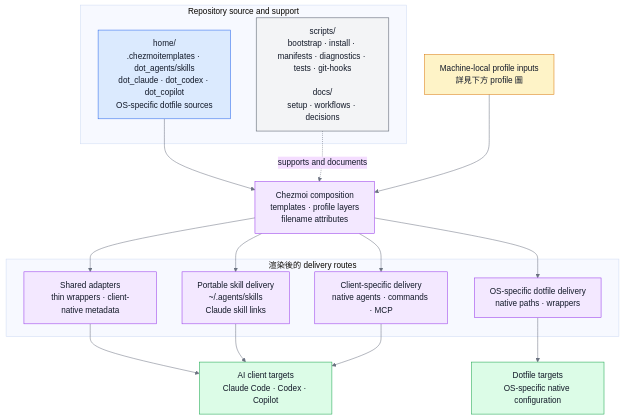
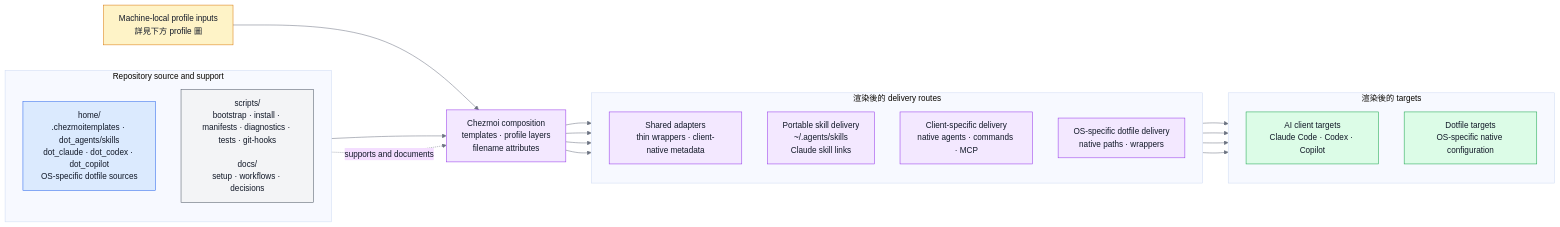
One commit to sherrilla71940/dotfiles changed the first of 4 diagrams in README.zh-TW.md. Above: the diagram before and after it, drawn with Mermaid. The commit also changed other lines of this file and 1 other file, not shown here.

Commit message:
docs(readme): differentiate overview diagrams

````diff
--- a/README.zh-TW.md
+++ b/README.zh-TW.md
@@ -44,35 +44,45 @@
 ```mermaid
 %%{init: {"theme": "base", "themeVariables": {"primaryTextColor": "#111827", "nodeTextColor": "#111827", "textColor": "#111827", "lineColor": "#6b7280"}, "flowchart": {"useMaxWidth": true}}}%%
-flowchart TB
-    profile["Machine-local profile inputs<br/>詳見下方 profile 圖"]:::choice
+flowchart LR
 
     subgraph repository["Repository source and support"]
+        direction TB
         home["home/<br/>.chezmoitemplates · dot_agents/skills<br/>dot_claude · dot_codex · dot_copilot<br/>OS-specific dotfile sources"]:::source
         support["scripts/<br/>bootstrap · install · manifests · diagnostics · tests · git-hooks<br/><br/>docs/<br/>setup · workflows · decisions"]:::support
     end
 
+    profile["Machine-local profile inputs<br/>詳見下方 profile 圖"]:::choice
     compose["Chezmoi composition<br/>templates · profile layers<br/>filename attributes"]:::process
 
     subgraph routes["渲染後的 delivery routes"]
+        direction TB
         sharedRoute["Shared adapters<br/>thin wrappers · client-native metadata"]:::process
         portableRoute["Portable skill delivery<br/>~/.agents/skills<br/>Claude skill links"]:::process
         clientRoute["Client-specific delivery<br/>native agents · commands · MCP"]:::process
         osRoute["OS-specific dotfile delivery<br/>native paths · wrappers"]:::process
     end
 
-    aiTargets["AI client targets<br/>Claude Code · Codex · Copilot"]:::target
-    developerTargets["Dotfile targets<br/>OS-specific native configuration"]:::target
+    subgraph targets["渲染後的 targets"]
+        direction TB
+        aiTargets["AI client targets<br/>Claude Code · Codex · Copilot"]:::target
+        developerTargets["Dotfile targets<br/>OS-specific native configuration"]:::target
+    end
+
     home --> compose
     profile --> compose
     support -. "supports and documents" .-> compose
-    compose --> sharedRoute --> aiTargets
-    compose --> portableRoute --> aiTargets
-    compose --> clientRoute --> aiTargets
-    compose --> osRoute --> developerTargets
+    compose --> sharedRoute
+    compose --> portableRoute
+    compose --> clientRoute
+    compose --> osRoute
+    sharedRoute --> aiTargets
+    portableRoute --> aiTargets
+    clientRoute --> aiTargets
+    osRoute --> developerTargets
 
     classDef source fill:#dbeafe,stroke:#2563eb,color:#111827
     classDef choice fill:#fef3c7,stroke:#d97706,color:#111827
     classDef process fill:#f3e8ff,stroke:#9333ea,color:#111827
     classDef target fill:#dcfce7,stroke:#16a34a,color:#111827
     classDef support fill:#f3f4f6,stroke:#4b5563,color:#111827
 ```
````
